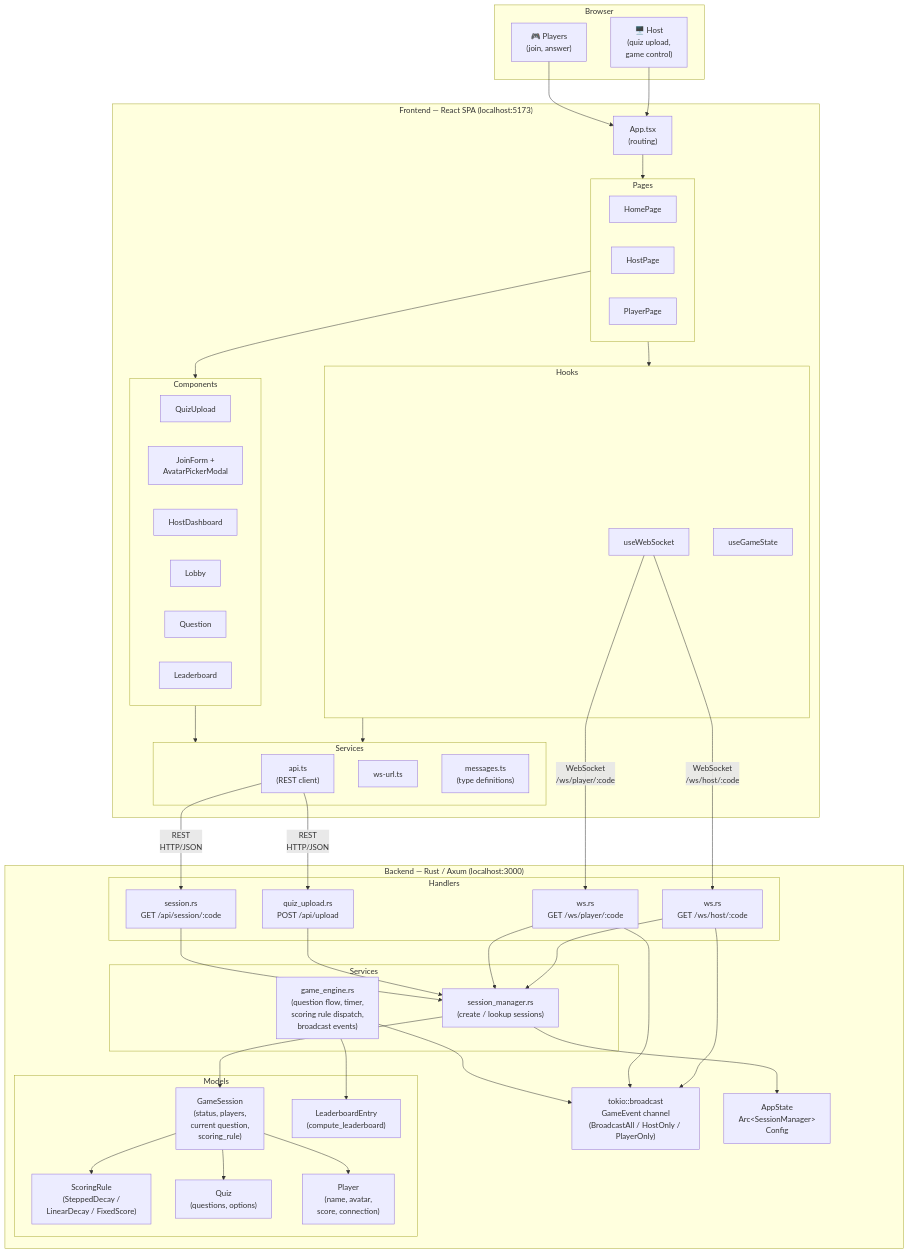
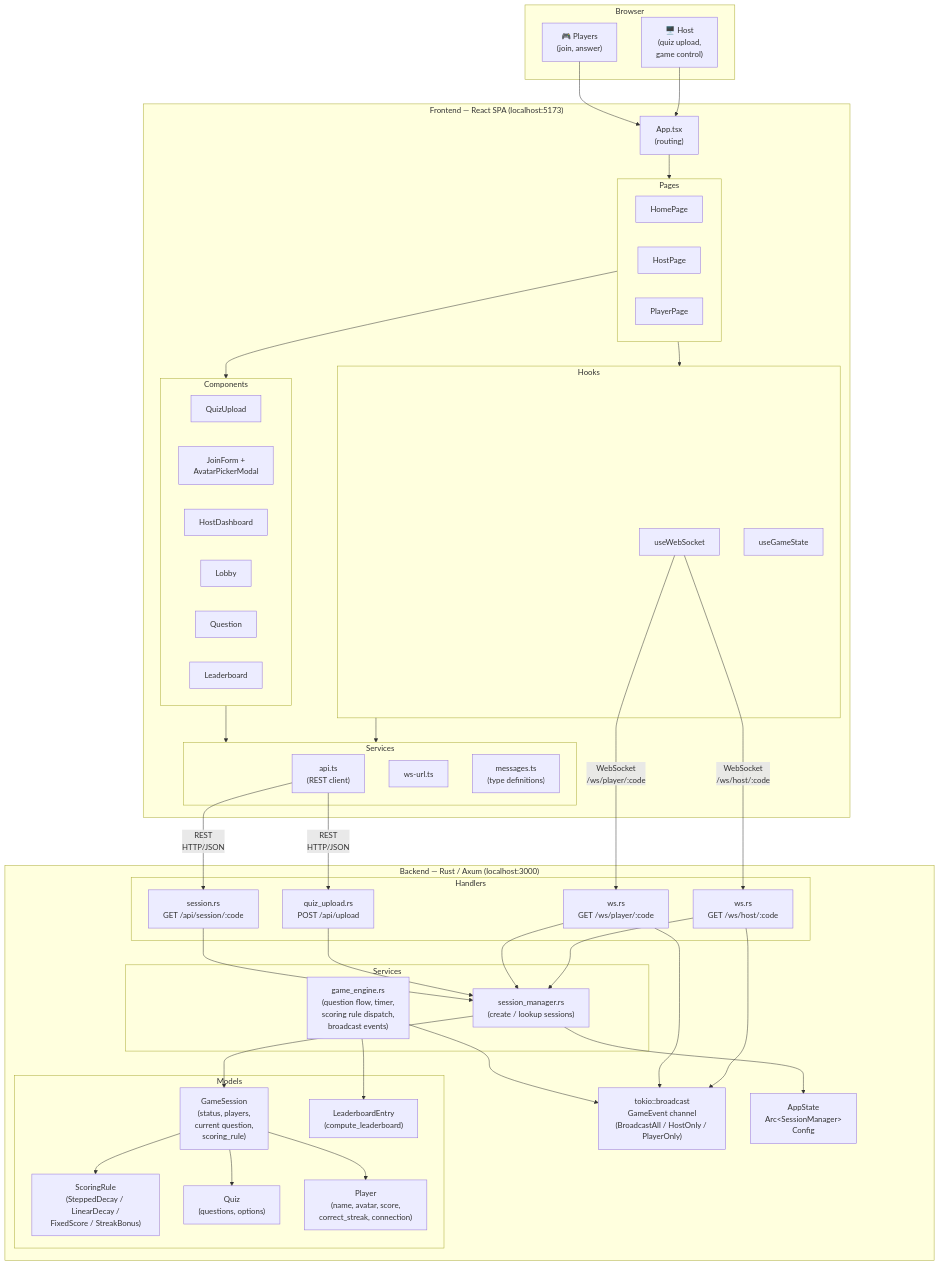
One commit to campeis/quiz-game changed the diagram in docs/diagrams/architecture.mmd. Above: the diagram before and after it, drawn with Mermaid. The commit also changed 11 other files, not shown here.

First line of the commit message:
docs: update architecture and diagrams for 011-streak-bonus

```diff
--- a/docs/diagrams/architecture.mmd
+++ b/docs/diagrams/architecture.mmd
@@ -1,89 +1,89 @@
 graph TB
     subgraph Browser["Browser"]
         Host["🖥️ Host<br/>(quiz upload,<br/>game control)"]
         Player["🎮 Players<br/>(join, answer)"]
     end
 
     subgraph Frontend["Frontend — React SPA (localhost:5173)"]
         App["App.tsx<br/>(routing)"]
 
         subgraph Pages["Pages"]
             HomePage["HomePage"]
             HostPage["HostPage"]
             PlayerPage["PlayerPage"]
         end
 
         subgraph Hooks["Hooks"]
             useWS["useWebSocket"]
             useGS["useGameState"]
         end
 
         subgraph Components["Components"]
             QuizUpload["QuizUpload"]
             JoinForm["JoinForm +<br/>AvatarPickerModal"]
             HostDashboard["HostDashboard"]
             Lobby["Lobby"]
             Question["Question"]
             Leaderboard["Leaderboard"]
         end
 
         subgraph Services["Services"]
             API["api.ts<br/>(REST client)"]
             WsUrl["ws-url.ts"]
             Messages["messages.ts<br/>(type definitions)"]
         end
     end
 
     subgraph Backend["Backend — Rust / Axum (localhost:3000)"]
         subgraph Handlers["Handlers"]
             QuizUploadH["quiz_upload.rs<br/>POST /api/upload"]
             SessionH["session.rs<br/>GET /api/session/:code"]
             WsHostH["ws.rs<br/>GET /ws/host/:code"]
             WsPlayerH["ws.rs<br/>GET /ws/player/:code"]
         end
 
         subgraph Services_BE["Services"]
             SessionMgr["session_manager.rs<br/>(create / lookup sessions)"]
             GameEngine["game_engine.rs<br/>(question flow, timer,<br/>scoring rule dispatch,<br/>broadcast events)"]
         end
 
         subgraph Models["Models"]
             SessionM["GameSession<br/>(status, players,<br/>current question,<br/>scoring_rule)"]
-            ScoringRule["ScoringRule<br/>(SteppedDecay /<br/>LinearDecay / FixedScore)"]
+            ScoringRule["ScoringRule<br/>(SteppedDecay / LinearDecay /<br/>FixedScore / StreakBonus)"]
             QuizM["Quiz<br/>(questions, options)"]
-            PlayerM["Player<br/>(name, avatar,<br/>score, connection)"]
+            PlayerM["Player<br/>(name, avatar, score,<br/>correct_streak, connection)"]
             Leaderboard_BE["LeaderboardEntry<br/>(compute_leaderboard)"]
         end
 
         Broadcast["tokio::broadcast<br/>GameEvent channel<br/>(BroadcastAll / HostOnly / PlayerOnly)"]
         State["AppState<br/>Arc&lt;SessionManager&gt;<br/>Config"]
     end
 
     Host --> App
     Player --> App
     App --> Pages
     Pages --> Hooks
     Pages --> Components
     Hooks --> Services
     Components --> Services
 
     API -- "REST<br/>HTTP/JSON" --> QuizUploadH
     API -- "REST<br/>HTTP/JSON" --> SessionH
     useWS -- "WebSocket<br/>/ws/host/:code" --> WsHostH
     useWS -- "WebSocket<br/>/ws/player/:code" --> WsPlayerH
 
     WsHostH --> SessionMgr
     WsHostH --> Broadcast
     WsPlayerH --> SessionMgr
     WsPlayerH --> Broadcast
     QuizUploadH --> SessionMgr
     SessionH --> SessionMgr
 
     SessionMgr --> State
     GameEngine --> Broadcast
     GameEngine --> Leaderboard_BE
 
     SessionMgr --> SessionM
     SessionM --> ScoringRule
     SessionM --> QuizM
     SessionM --> PlayerM
```
